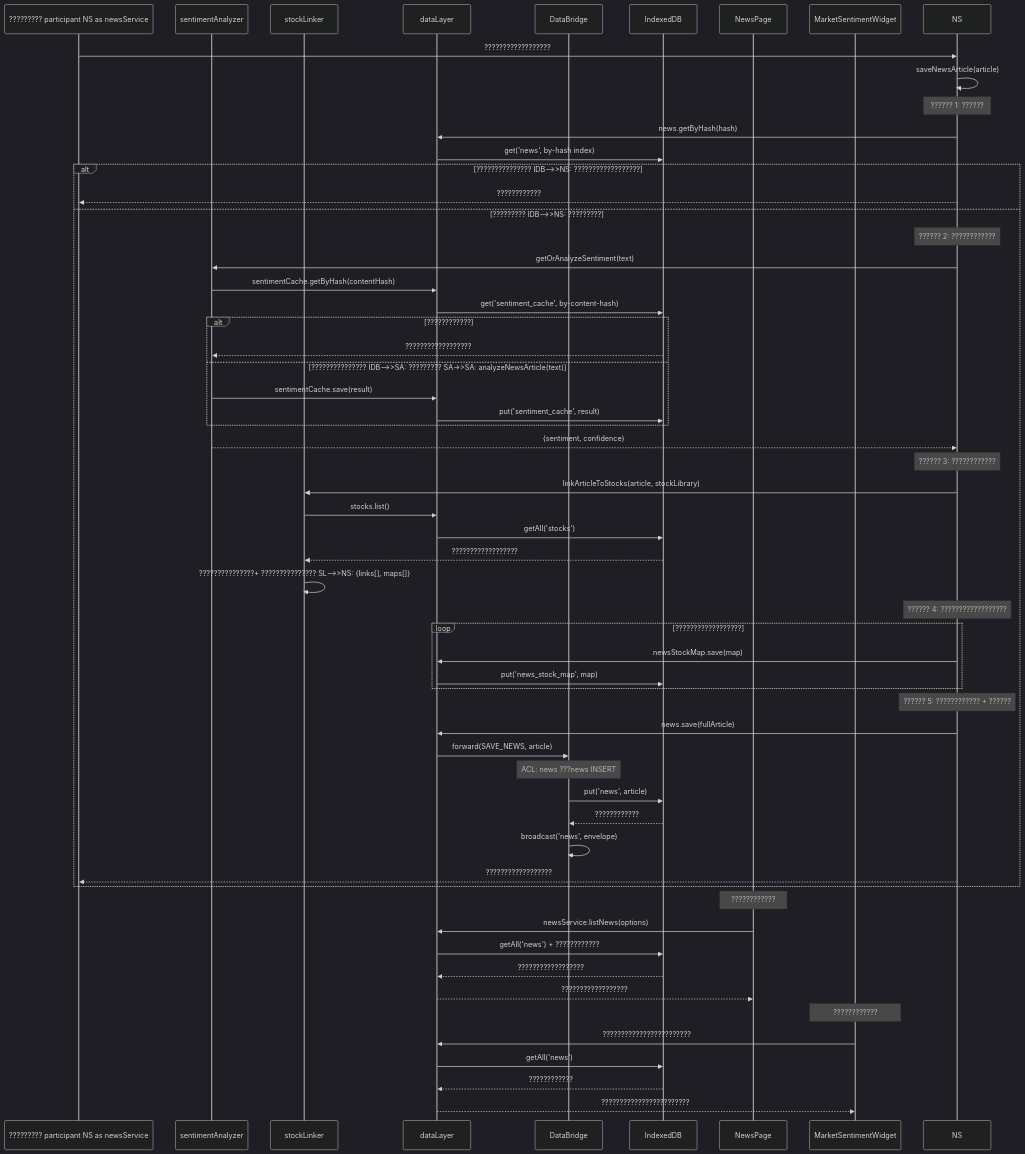
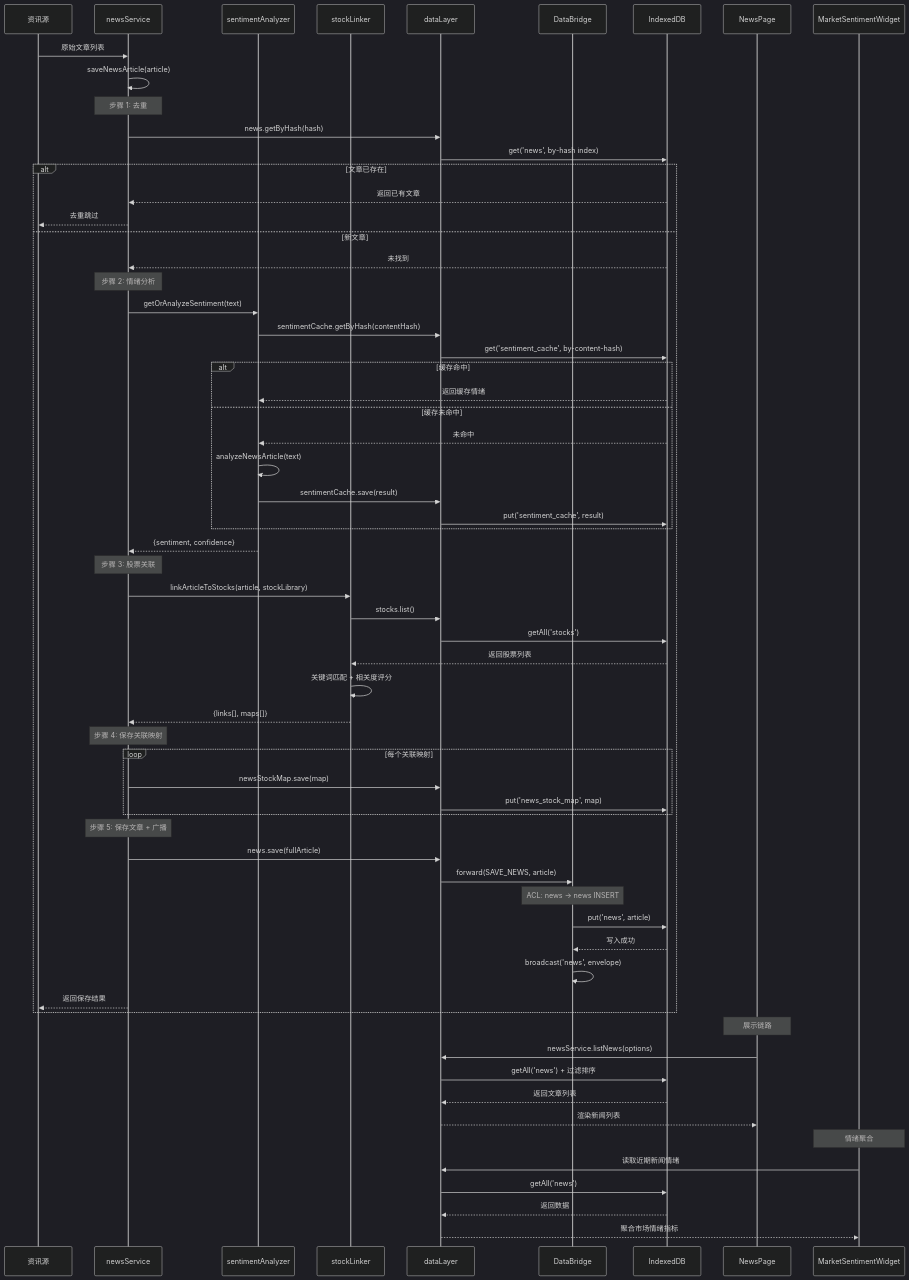
One commit to DHENGHONGYU/- changed the fifth of 7 diagrams in docs/reference/v9-数据血缘追踪.md. Above: the diagram before and after it, drawn with Mermaid (dark theme). The commit also changed other lines of this file and 849 other files, not shown here.

````diff
--- a/docs/reference/v9-数据血缘追踪.md
+++ b/docs/reference/v9-数据血缘追踪.md
@@ -514,70 +520,77 @@
 ```mermaid
 sequenceDiagram
-    participant SRC as ?????????    participant NS as newsService
+    participant SRC as 资讯源
+    participant NS as newsService
     participant SA as sentimentAnalyzer
     participant SL as stockLinker
     participant DL as dataLayer
     participant DB as DataBridge
     participant IDB as IndexedDB
     participant NP as NewsPage
     participant MS as MarketSentimentWidget
 
-    SRC->>NS: ??????????????????
+    SRC->>NS: 原始文章列表
     NS->>NS: saveNewsArticle(article)
     
-    Note over NS: ?????? 1: ??????
+    Note over NS: 步骤 1: 去重
     NS->>DL: news.getByHash(hash)
     DL->>IDB: get('news', by-hash index)
     
-    alt ???????????????        IDB-->>NS: ??????????????????
-        NS-->>SRC: ????????????
-    else ?????????        IDB-->>NS: ?????????        
-        Note over NS: ?????? 2: ????????????
+    alt 文章已存在
+        IDB-->>NS: 返回已有文章
+        NS-->>SRC: 去重跳过
+    else 新文章
+        IDB-->>NS: 未找到
+        
+        Note over NS: 步骤 2: 情绪分析
         NS->>SA: getOrAnalyzeSentiment(text)
         SA->>DL: sentimentCache.getByHash(contentHash)
         DL->>IDB: get('sentiment_cache', by-content-hash)
         
-        alt ????????????
-            IDB-->>SA: ??????????????????
-        else ???????????????            IDB-->>SA: ?????????            SA->>SA: analyzeNewsArticle(text)
+        alt 缓存命中
+            IDB-->>SA: 返回缓存情绪
+        else 缓存未命中
+            IDB-->>SA: 未命中
+            SA->>SA: analyzeNewsArticle(text)
             SA->>DL: sentimentCache.save(result)
             DL->>IDB: put('sentiment_cache', result)
         end
         SA-->>NS: {sentiment, confidence}
         
-        Note over NS: ?????? 3: ????????????
+        Note over NS: 步骤 3: 股票关联
         NS->>SL: linkArticleToStocks(article, stockLibrary)
         SL->>DL: stocks.list()
         DL->>IDB: getAll('stocks')
-        IDB-->>SL: ??????????????????
-        SL->>SL: ???????????????+ ???????????????        SL-->>NS: {links[], maps[]}
+        IDB-->>SL: 返回股票列表
+        SL->>SL: 关键词匹配 + 相关度评分
+        SL-->>NS: {links[], maps[]}
         
-        Note over NS: ?????? 4: ??????????????????
-        loop ??????????????????
+        Note over NS: 步骤 4: 保存关联映射
+        loop 每个关联映射
             NS->>DL: newsStockMap.save(map)
             DL->>IDB: put('news_stock_map', map)
         end
         
-        Note over NS: ?????? 5: ???????????? + ??????
+        Note over NS: 步骤 5: 保存文章 + 广播
         NS->>DL: news.save(fullArticle)
         DL->>DB: forward(SAVE_NEWS, article)
-        Note over DB: ACL: news ???news INSERT
+        Note over DB: ACL: news → news INSERT
         DB->>IDB: put('news', article)
-        IDB-->>DB: ????????????
+        IDB-->>DB: 写入成功
         DB->>DB: broadcast('news', envelope)
         
-        NS-->>SRC: ??????????????????
+        NS-->>SRC: 返回保存结果
     end
     
-    Note over NP: ????????????
+    Note over NP: 展示链路
     NP->>DL: newsService.listNews(options)
-    DL->>IDB: getAll('news') + ????????????
-    IDB-->>DL: ??????????????????
-    DL-->>NP: ??????????????????
+    DL->>IDB: getAll('news') + 过滤排序
+    IDB-->>DL: 返回文章列表
+    DL-->>NP: 渲染新闻列表
     
-    Note over MS: ????????????
-    MS->>DL: ????????????????????????
+    Note over MS: 情绪聚合
+    MS->>DL: 读取近期新闻情绪
     DL->>IDB: getAll('news')
-    IDB-->>DL: ????????????
-    DL-->>MS: ????????????????????????
+    IDB-->>DL: 返回数据
+    DL-->>MS: 聚合市场情绪指标
 ```
````
